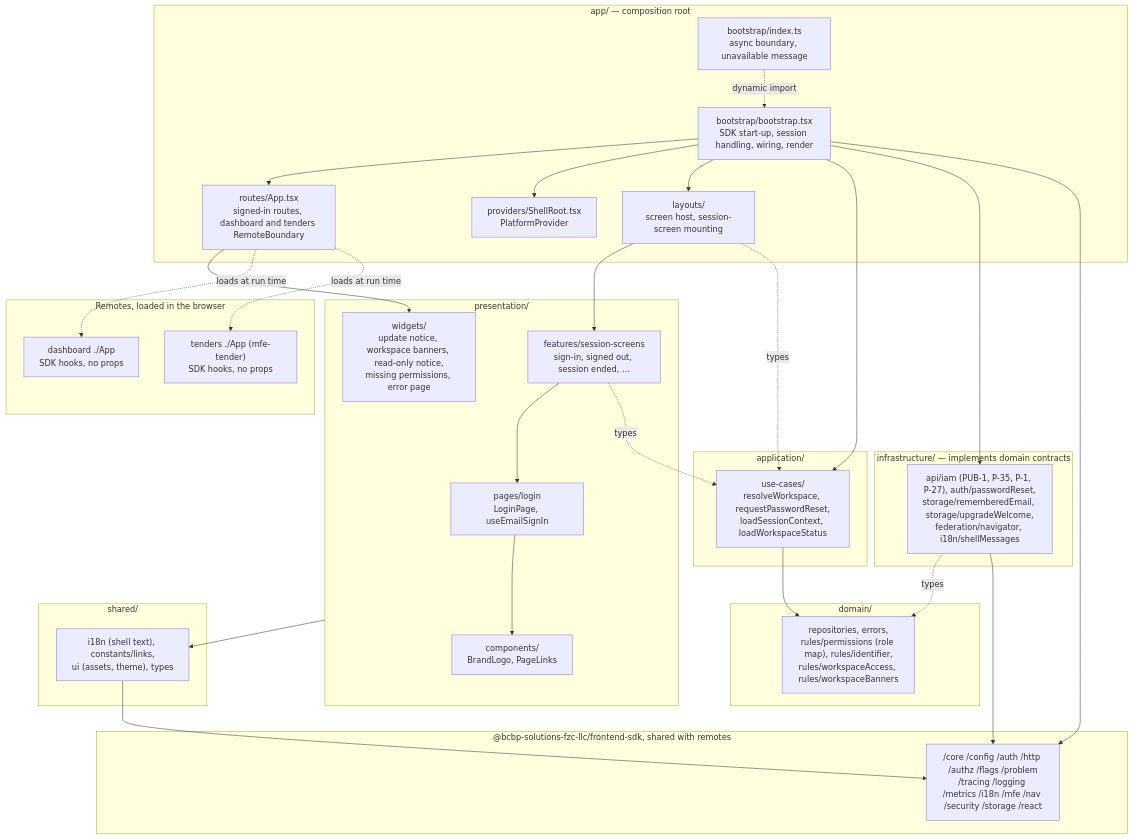
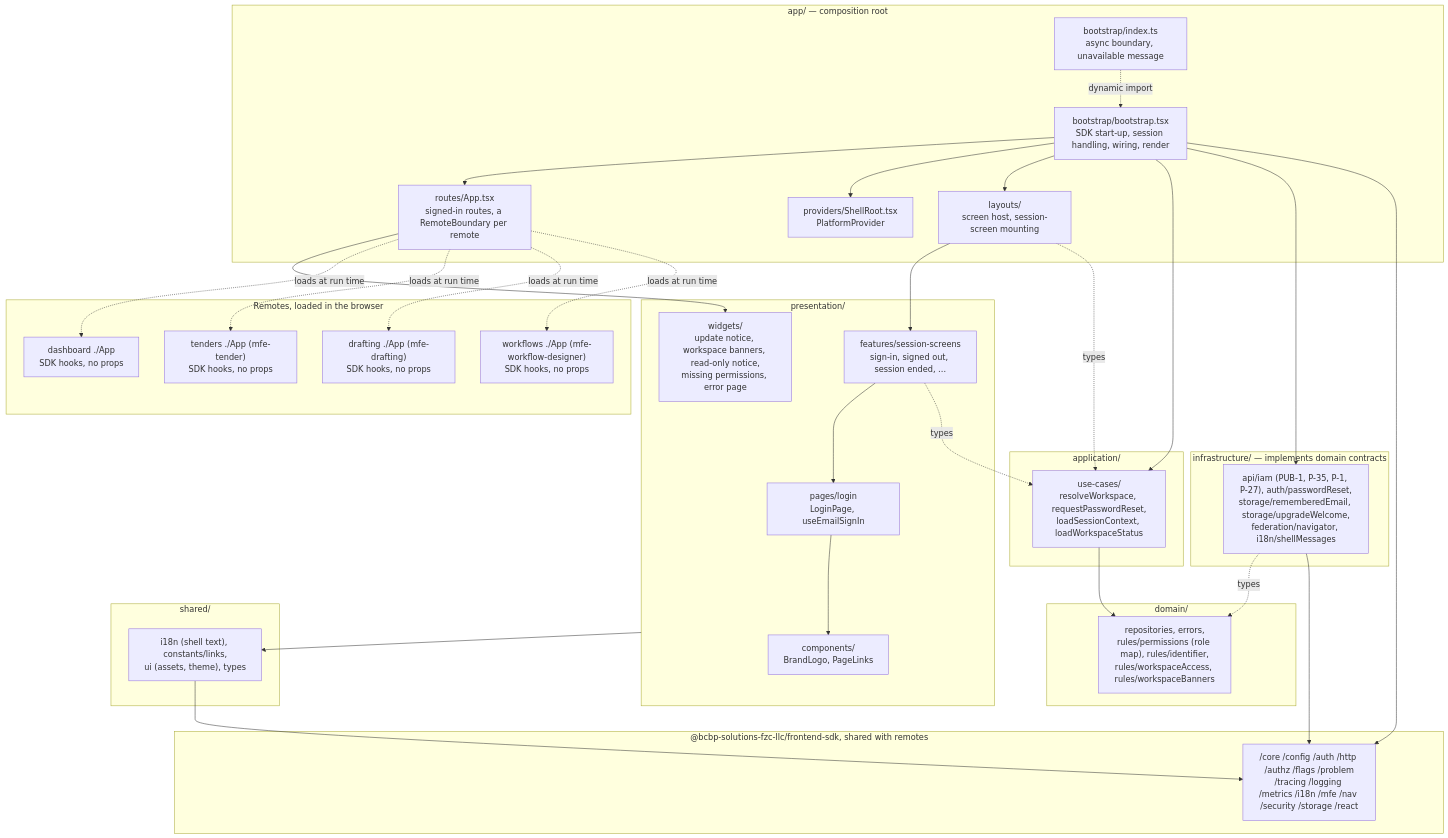
Before and after one commit to BCBP-SOLUTIONS-FZC-LLC/web-shell: the diagram in docs/architecture/mermaid/layer-model.mmd, drawn with Mermaid. The commit also changed 19 other files, not shown here.

First line of the commit message:
Mount mfe-drafting at /drafting/* and mfe-workflow-designer at /workflows/* so both load in the shell (#79)

```diff
--- a/docs/architecture/mermaid/layer-model.mmd
+++ b/docs/architecture/mermaid/layer-model.mmd
@@ -1,61 +1,65 @@
 graph TD
     subgraph app["app/ — composition root"]
         index["bootstrap/index.ts\nasync boundary, unavailable message"]
         boot["bootstrap/bootstrap.tsx\nSDK start-up, session handling, wiring, render"]
-        routes["routes/App.tsx\nsigned-in routes, dashboard and tenders RemoteBoundary"]
+        routes["routes/App.tsx\nsigned-in routes, a RemoteBoundary per remote"]
         providers["providers/ShellRoot.tsx\nPlatformProvider"]
         layouts["layouts/\nscreen host, session-screen mounting"]
     end
 
     subgraph presentation["presentation/"]
         pages["pages/login\nLoginPage, useEmailSignIn"]
         features["features/session-screens\nsign-in, signed out, session ended, …"]
         widgets["widgets/\nupdate notice, workspace banners, read-only notice,\nmissing permissions, error page"]
         components["components/\nBrandLogo, PageLinks"]
     end
 
     subgraph application["application/"]
         usecases["use-cases/\nresolveWorkspace, requestPasswordReset,\nloadSessionContext, loadWorkspaceStatus"]
     end
 
     subgraph domain["domain/"]
         dom["repositories, errors,\nrules/permissions (role map), rules/identifier,\nrules/workspaceAccess, rules/workspaceBanners"]
     end
 
     subgraph infrastructure["infrastructure/ — implements domain contracts"]
         infra["api/iam (PUB-1, P-35, P-1, P-27), auth/passwordReset,\nstorage/rememberedEmail, storage/upgradeWelcome,\nfederation/navigator, i18n/shellMessages"]
     end
 
     subgraph shared["shared/"]
         sh["i18n (shell text), constants/links,\nui (assets, theme), types"]
     end
 
     subgraph sdk["@bcbp-solutions-fzc-llc/frontend-sdk, shared with remotes"]
         sdkmods["/core /config /auth /http /authz /flags /problem\n/tracing /logging /metrics /i18n /mfe /nav /security /storage /react"]
     end
 
     subgraph remote["Remotes, loaded in the browser"]
         dashboard["dashboard ./App\nSDK hooks, no props"]
         tenders["tenders ./App (mfe-tender)\nSDK hooks, no props"]
+        drafting["drafting ./App (mfe-drafting)\nSDK hooks, no props"]
+        workflows["workflows ./App (mfe-workflow-designer)\nSDK hooks, no props"]
     end
 
     index -. dynamic import .-> boot
     boot --> routes
     boot --> providers
     boot --> layouts
     boot --> usecases
     boot --> infra
     boot --> sdkmods
     routes --> widgets
     routes -. loads at run time .-> dashboard
     routes -. loads at run time .-> tenders
+    routes -. loads at run time .-> drafting
+    routes -. loads at run time .-> workflows
     layouts --> features
     features --> pages
     pages --> components
     features -. types .-> usecases
     layouts -. types .-> usecases
     usecases --> dom
     infra -. types .-> dom
     infra --> sdkmods
     presentation --> sh
     sh --> sdkmods
```
